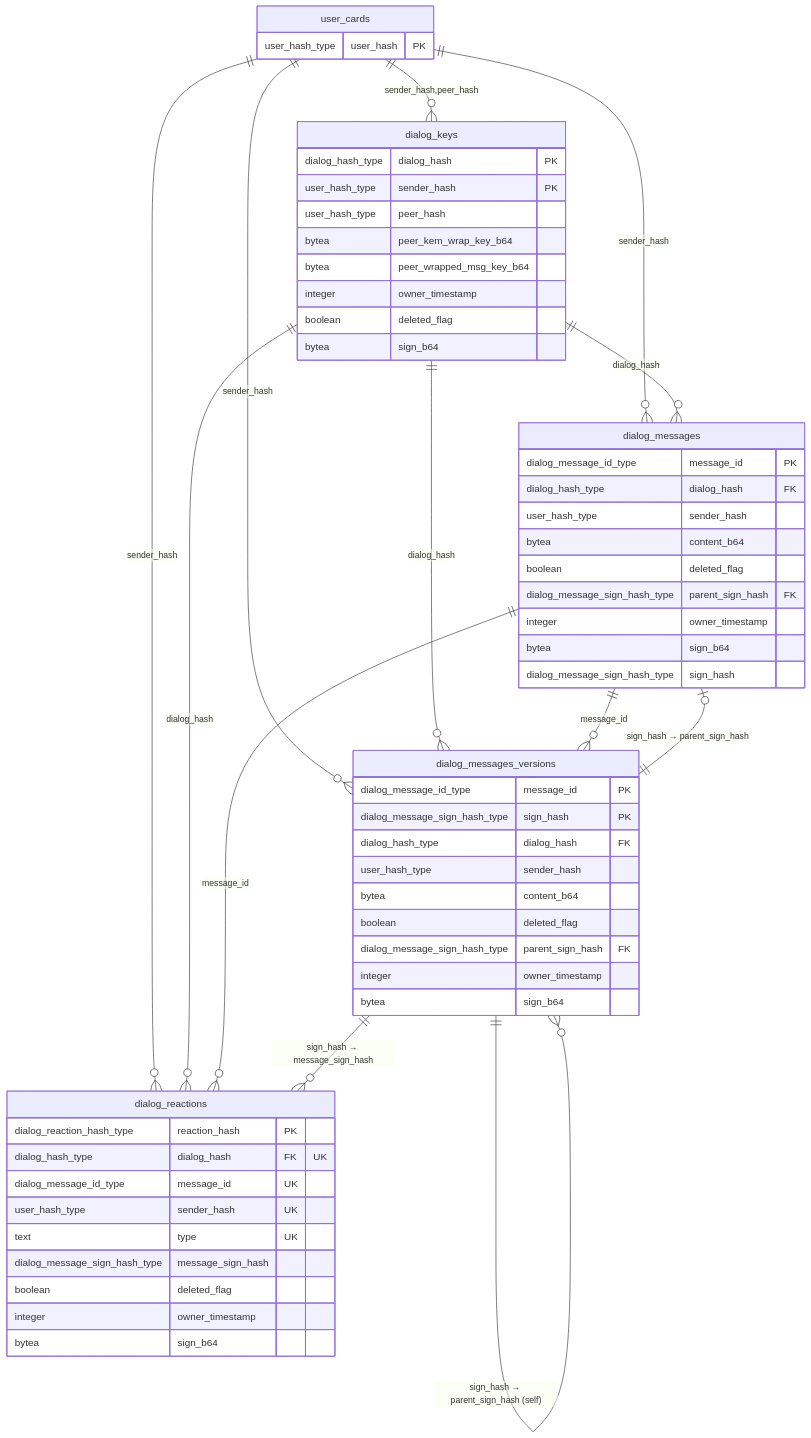
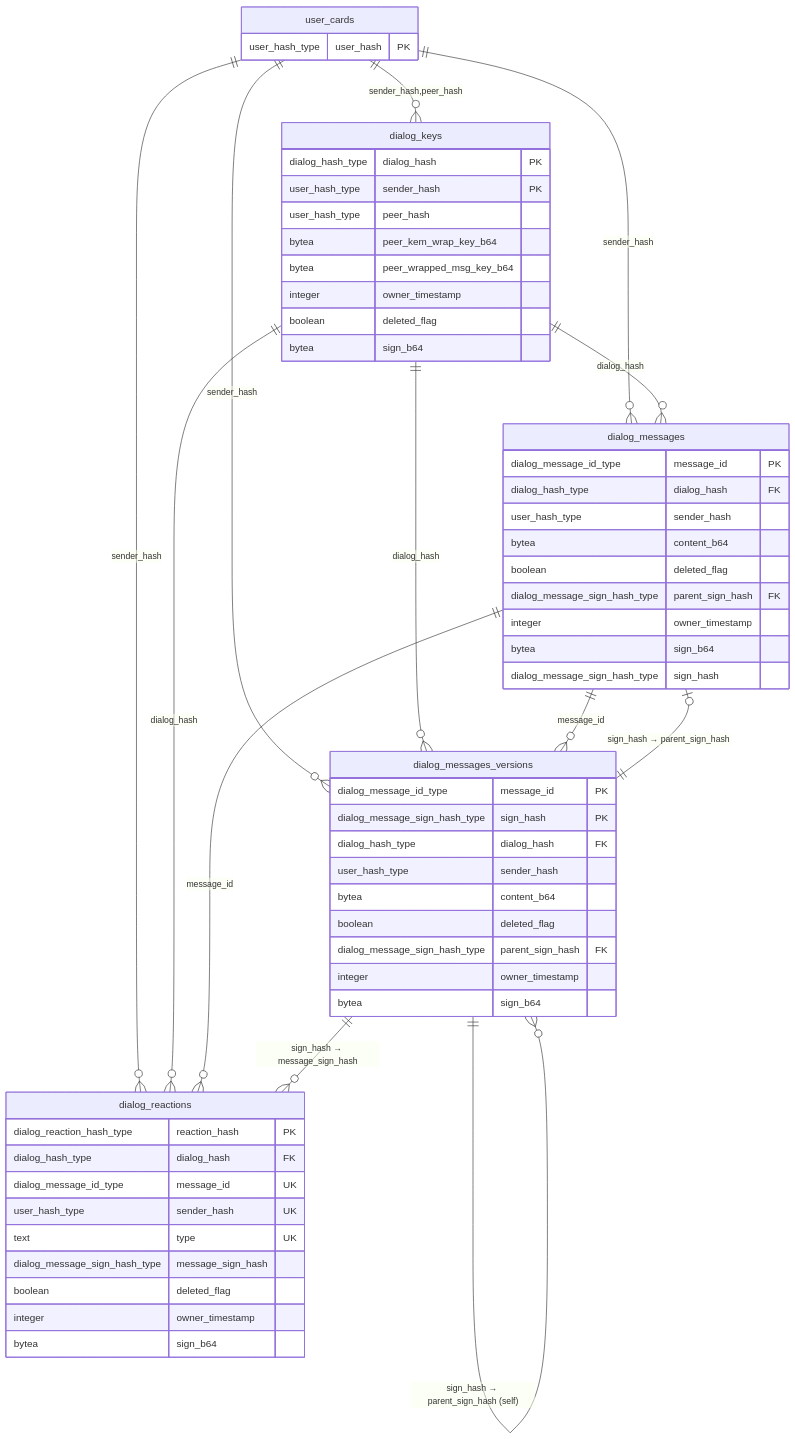
One commit to Buckitup-chat/chat changed the diagram in docs/reqs/pq_dialogs.md. Above: the diagram before and after it, drawn with Mermaid. The commit also changed other lines of this file and 2 other files, not shown here.

Commit message:
pq_dialog: req: clear problem separation

````diff
--- a/docs/reqs/pq_dialogs.md
+++ b/docs/reqs/pq_dialogs.md
@@ -21,69 +21,69 @@
 ```mermaid
 erDiagram
     user_cards ||--o{ dialog_keys              : "sender_hash,peer_hash"
     user_cards ||--o{ dialog_messages          : "sender_hash"
     user_cards ||--o{ dialog_messages_versions : "sender_hash"
     user_cards ||--o{ dialog_reactions         : "sender_hash"
 
     dialog_keys ||--o{ dialog_messages          : "dialog_hash"
     dialog_keys ||--o{ dialog_messages_versions : "dialog_hash"
     dialog_keys ||--o{ dialog_reactions         : "dialog_hash"
 
     dialog_messages          ||--o{ dialog_messages_versions : "message_id"
     dialog_messages_versions ||--o| dialog_messages          : "sign_hash → parent_sign_hash"
     dialog_messages_versions ||--o{ dialog_messages_versions : "sign_hash → parent_sign_hash (self)"
 
     dialog_messages          ||--o{ dialog_reactions : "message_id"
     dialog_messages_versions ||--o{ dialog_reactions : "sign_hash → message_sign_hash"
 
     user_cards {
         user_hash_type  user_hash        PK
     }
 
     dialog_keys {
         dialog_hash_type dialog_hash              PK
         user_hash_type   sender_hash              PK
         user_hash_type   peer_hash
         bytea            peer_kem_wrap_key_b64
         bytea            peer_wrapped_msg_key_b64
         integer          owner_timestamp
         boolean          deleted_flag
         bytea            sign_b64
     }
 
     dialog_messages {
         dialog_message_id_type        message_id        PK
         dialog_hash_type              dialog_hash       FK
         user_hash_type                sender_hash
         bytea                         content_b64
         boolean                       deleted_flag
         dialog_message_sign_hash_type parent_sign_hash  FK
         integer                       owner_timestamp
         bytea                         sign_b64
         dialog_message_sign_hash_type sign_hash
     }
 
     dialog_messages_versions {
         dialog_message_id_type        message_id        PK
         dialog_message_sign_hash_type sign_hash         PK
         dialog_hash_type              dialog_hash       FK
         user_hash_type                sender_hash
         bytea                         content_b64
         boolean                       deleted_flag
         dialog_message_sign_hash_type parent_sign_hash  FK
         integer                       owner_timestamp
         bytea                         sign_b64
     }
 
     dialog_reactions {
         dialog_reaction_hash_type     reaction_hash      PK
-        dialog_hash_type              dialog_hash        FK "UK"
+        dialog_hash_type              dialog_hash        FK
         dialog_message_id_type        message_id         UK
         user_hash_type                sender_hash        UK
         text                          type               UK
         dialog_message_sign_hash_type message_sign_hash
         boolean                       deleted_flag
         integer                       owner_timestamp
         bytea                         sign_b64
     }
 ```
````
